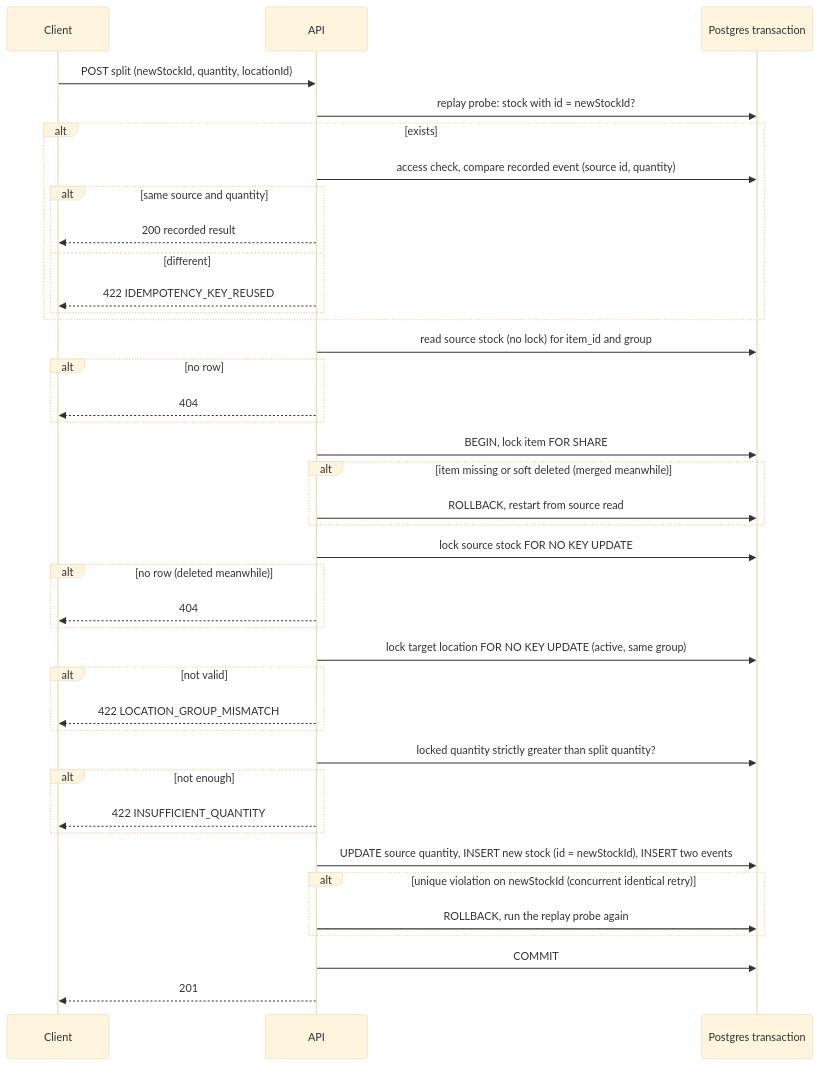
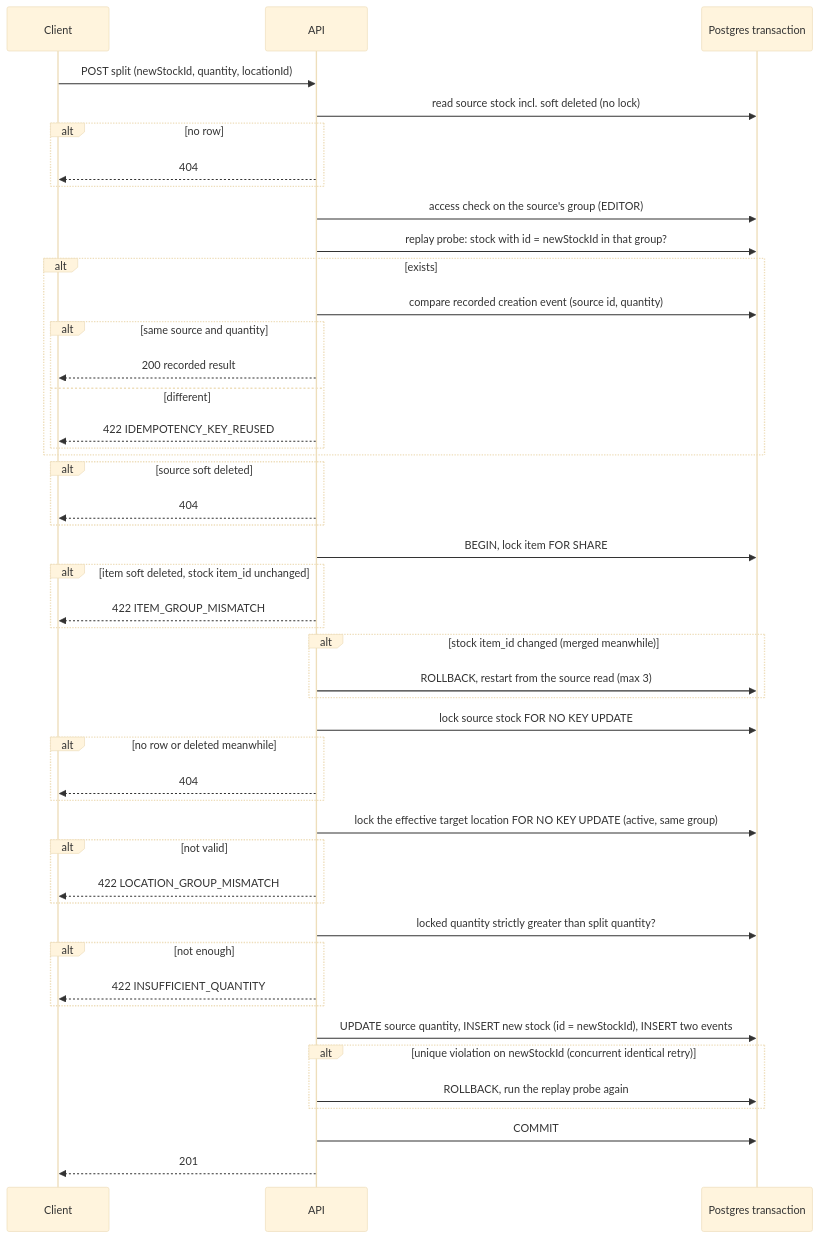
Before and after one commit to TakashiAihara/prep-hamster: the diagram in docs/design/stock-split.md, drawn with Mermaid (base theme). The commit also changed other lines of this file and 3 other files, not shown here.

````diff
--- a/docs/design/stock-split.md
+++ b/docs/design/stock-split.md
@@ -98,42 +100,49 @@
 ```mermaid
 sequenceDiagram
   participant C as Client
   participant A as API
   participant D as Postgres transaction
   C->>A: POST split (newStockId, quantity, locationId)
-  A->>D: replay probe: stock with id = newStockId?
+  A->>D: read source stock incl. soft deleted (no lock)
+  alt no row
+    A-->>C: 404
+  end
+  A->>D: access check on the source's group (EDITOR)
+  A->>D: replay probe: stock with id = newStockId in that group?
   alt exists
-    A->>D: access check, compare recorded event (source id, quantity)
+    A->>D: compare recorded creation event (source id, quantity)
     alt same source and quantity
       A-->>C: 200 recorded result
     else different
       A-->>C: 422 IDEMPOTENCY_KEY_REUSED
     end
   end
-  A->>D: read source stock (no lock) for item_id and group
-  alt no row
+  alt source soft deleted
     A-->>C: 404
   end
   A->>D: BEGIN, lock item FOR SHARE
-  alt item missing or soft deleted (merged meanwhile)
-    A->>D: ROLLBACK, restart from source read
+  alt item soft deleted, stock item_id unchanged
+    A-->>C: 422 ITEM_GROUP_MISMATCH
+  end
+  alt stock item_id changed (merged meanwhile)
+    A->>D: ROLLBACK, restart from the source read (max 3)
   end
   A->>D: lock source stock FOR NO KEY UPDATE
-  alt no row (deleted meanwhile)
+  alt no row or deleted meanwhile
     A-->>C: 404
   end
-  A->>D: lock target location FOR NO KEY UPDATE (active, same group)
+  A->>D: lock the effective target location FOR NO KEY UPDATE (active, same group)
   alt not valid
     A-->>C: 422 LOCATION_GROUP_MISMATCH
   end
   A->>D: locked quantity strictly greater than split quantity?
   alt not enough
     A-->>C: 422 INSUFFICIENT_QUANTITY
   end
   A->>D: UPDATE source quantity, INSERT new stock (id = newStockId), INSERT two events
   alt unique violation on newStockId (concurrent identical retry)
     A->>D: ROLLBACK, run the replay probe again
   end
   A->>D: COMMIT
   A-->>C: 201
 ```
````
